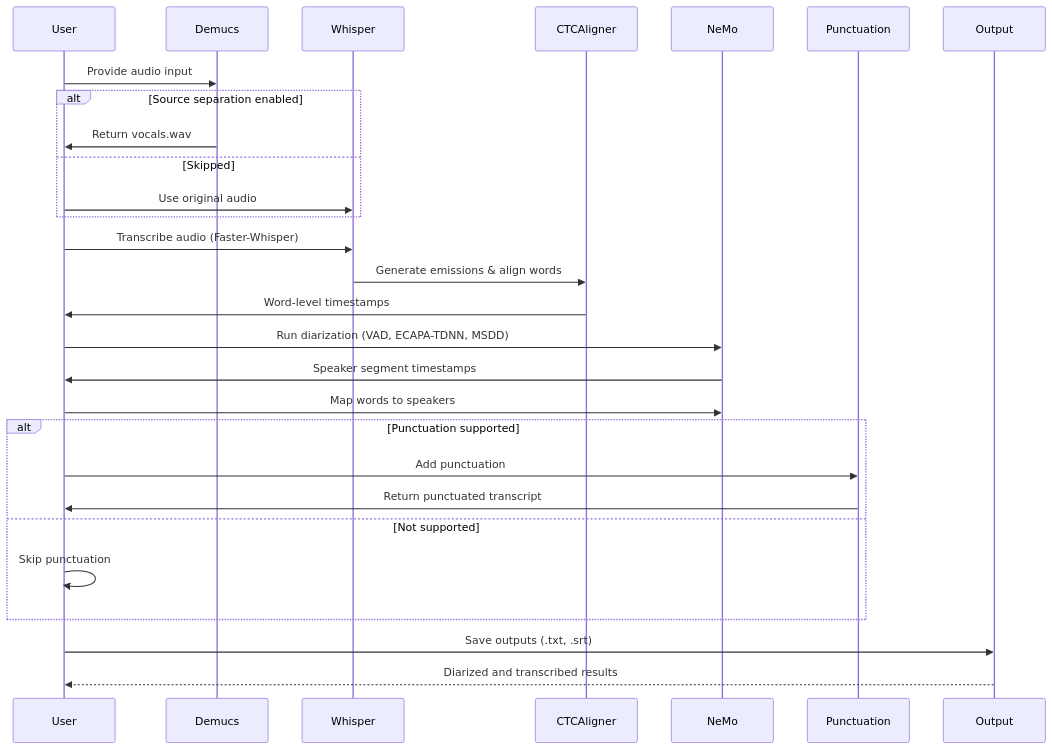
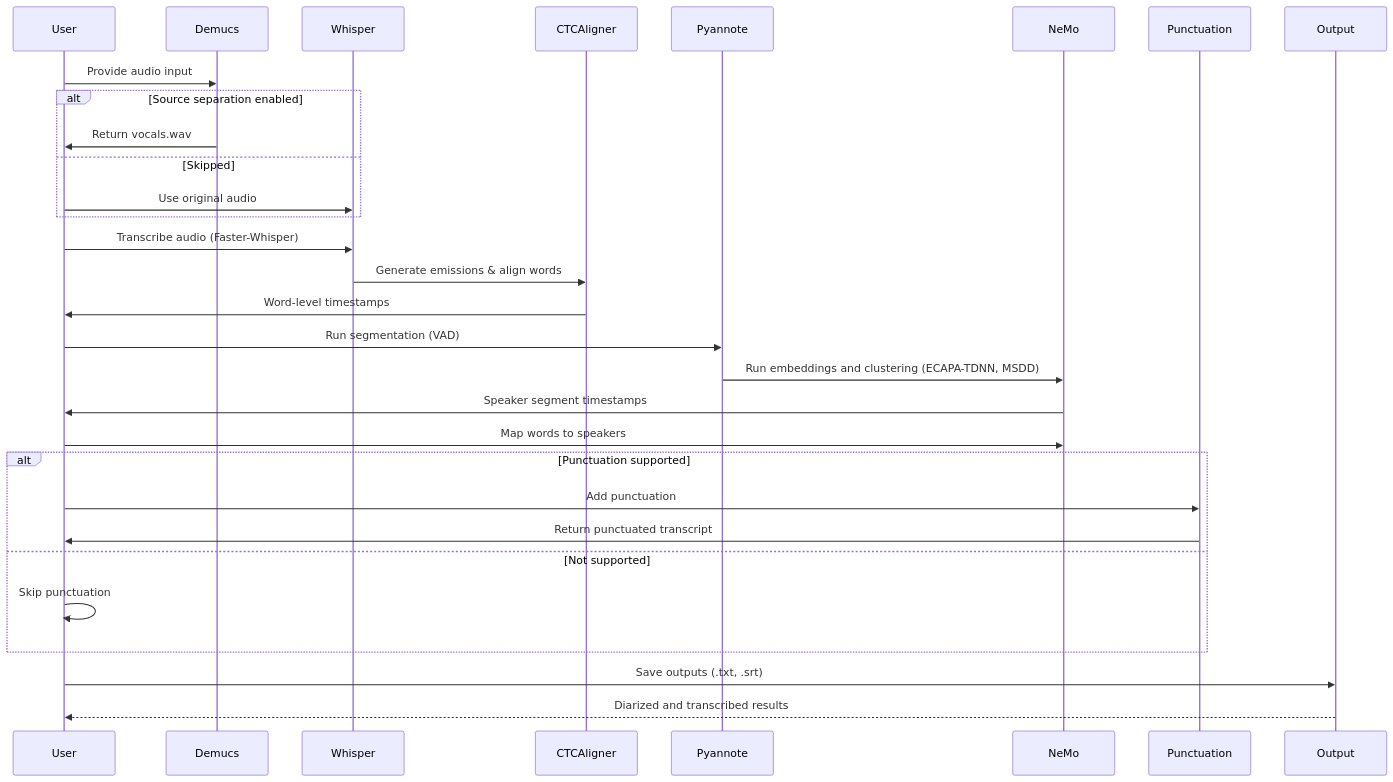
One commit to maxklema/MIE_Diarization changed the first of 2 diagrams in README.md. Above: the diagram before and after it, drawn with Mermaid. The commit also changed other lines of this file, not shown here.

````diff
--- a/README.md
+++ b/README.md
@@ -144,35 +144,37 @@
 ```mermaid
 sequenceDiagram
     participant User
     participant Demucs
     participant Whisper
     participant CTCAligner
+    participant Pyannote
     participant NeMo
     participant Punctuation
     participant Output
 
     User->>Demucs: Provide audio input
     alt Source separation enabled
         Demucs->>User: Return vocals.wav
     else Skipped
         User->>Whisper: Use original audio
     end
 
     User->>Whisper: Transcribe audio (Faster-Whisper)
     Whisper->>CTCAligner: Generate emissions & align words
     CTCAligner->>User: Word-level timestamps
 
-    User->>NeMo: Run diarization (VAD, ECAPA-TDNN, MSDD)
+    User->>Pyannote: Run segmentation (VAD)
+    Pyannote->>NeMo: Run embeddings and clustering (ECAPA-TDNN, MSDD)
     NeMo->>User: Speaker segment timestamps
 
     User->>NeMo: Map words to speakers
     alt Punctuation supported
         User->>Punctuation: Add punctuation
         Punctuation->>User: Return punctuated transcript
     else Not supported
         User->>User: Skip punctuation
     end
 
     User->>Output: Save outputs (.txt, .srt)
     Output-->>User: Diarized and transcribed results
 ```
````
